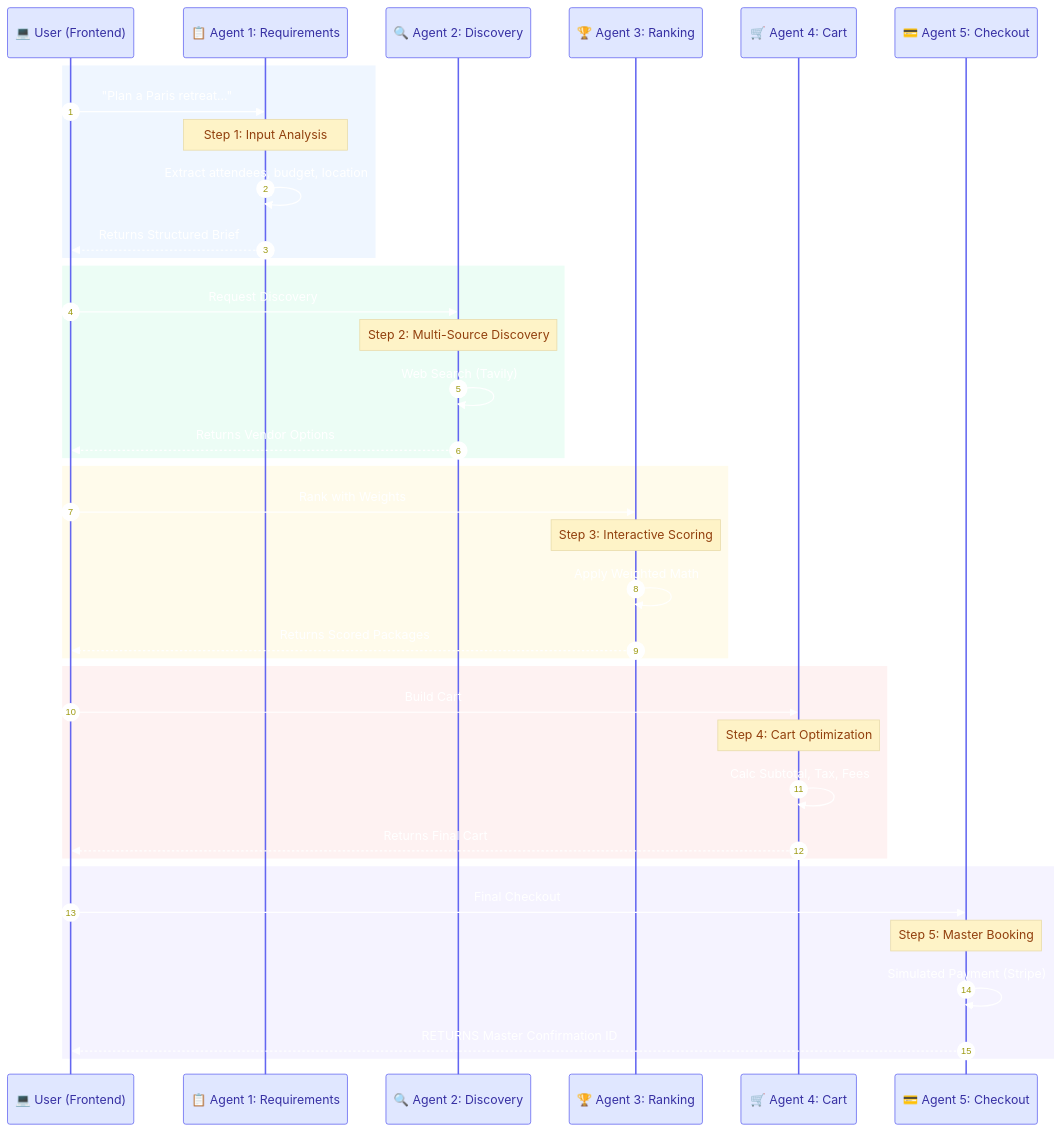
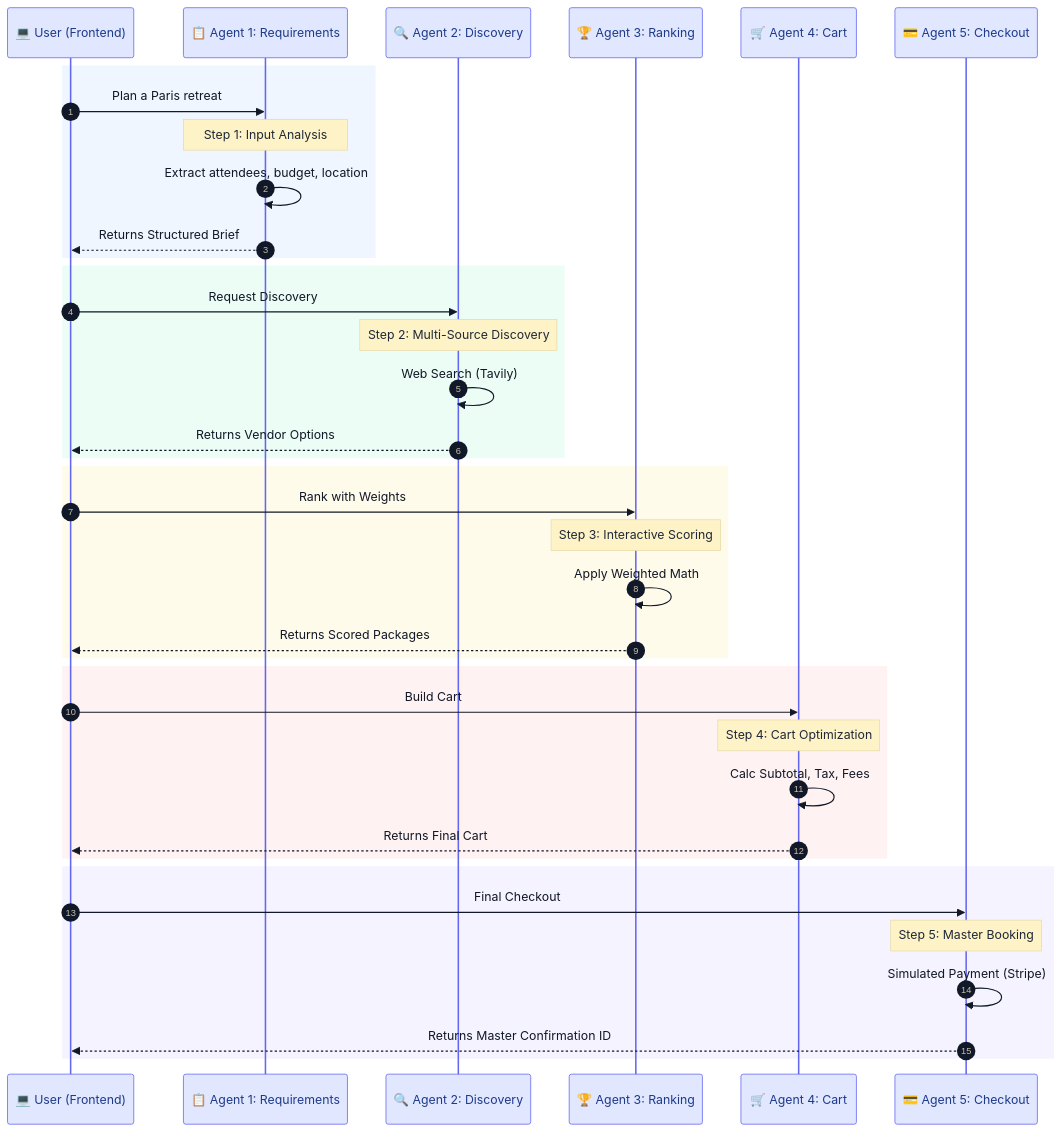
Before and after one commit to MananCoder29/Hack-Nation-Hackathon-2k26: the first of 2 diagrams in README.md, drawn with Mermaid.

Commit message:
font and color changes

````diff
--- a/README.md
+++ b/README.md
@@ -221,46 +221,66 @@
 ```mermaid
-%%{init: {'theme': 'base', 'themeVariables': { 'primaryColor': '#4F46E5', 'primaryTextColor': '#fff', 'primaryBorderColor': '#4338CA', 'lineColor': '#6366F1', 'secondaryColor': '#10B981', 'tertiaryColor': '#F59E0B', 'noteBkgColor': '#FEF3C7', 'noteTextColor': '#92400E', 'actorBkg': '#E0E7FF', 'actorTextColor': '#3730A3', 'actorBorder': '#6366F1'}}}%%
+%%{init: {
+  'theme': 'base',
+  'themeVariables': {
+    'primaryColor': '#4F46E5',
+    'primaryTextColor': '#111827',
+    'primaryBorderColor': '#4338CA',
+    'lineColor': '#374151',
+
+    'secondaryColor': '#10B981',
+    'tertiaryColor': '#F59E0B',
+
+    'noteBkgColor': '#FEF3C7',
+    'noteTextColor': '#1F2937',
+
+    'actorBkg': '#E0E7FF',
+    'actorTextColor': '#1E3A8A',
+    'actorBorder': '#6366F1',
+
+    'labelTextColor': '#111827'
+  }
+}}%%
 sequenceDiagram
     autonumber
     participant User as 💻 User (Frontend)
     participant A1 as 📋 Agent 1: Requirements
     participant A2 as 🔍 Agent 2: Discovery
     participant A3 as 🏆 Agent 3: Ranking
     participant A4 as 🛒 Agent 4: Cart
     participant A5 as 💳 Agent 5: Checkout
 
     rect rgb(239, 246, 255)
-        User->>A1: "Plan a Paris retreat..."
+        User->>A1: Plan a Paris retreat
         Note over A1: Step 1: Input Analysis
         A1->>A1: Extract attendees, budget, location
         A1-->>User: Returns Structured Brief
     end
 
     rect rgb(236, 253, 245)
         User->>A2: Request Discovery
         Note over A2: Step 2: Multi-Source Discovery
         A2->>A2: Web Search (Tavily)
         A2-->>User: Returns Vendor Options
     end
 
     rect rgb(255, 251, 235)
         User->>A3: Rank with Weights
         Note over A3: Step 3: Interactive Scoring
         A3->>A3: Apply Weighted Math
         A3-->>User: Returns Scored Packages
     end
 
     rect rgb(254, 242, 242)
         User->>A4: Build Cart
         Note over A4: Step 4: Cart Optimization
         A4->>A4: Calc Subtotal, Tax, Fees
         A4-->>User: Returns Final Cart
     end
 
     rect rgb(245, 243, 255)
         User->>A5: Final Checkout
         Note over A5: Step 5: Master Booking
         A5->>A5: Simulated Payment (Stripe)
-        A5-->>User: RETURNS Master Confirmation ID
+        A5-->>User: Returns Master Confirmation ID
     end
 ```
````
